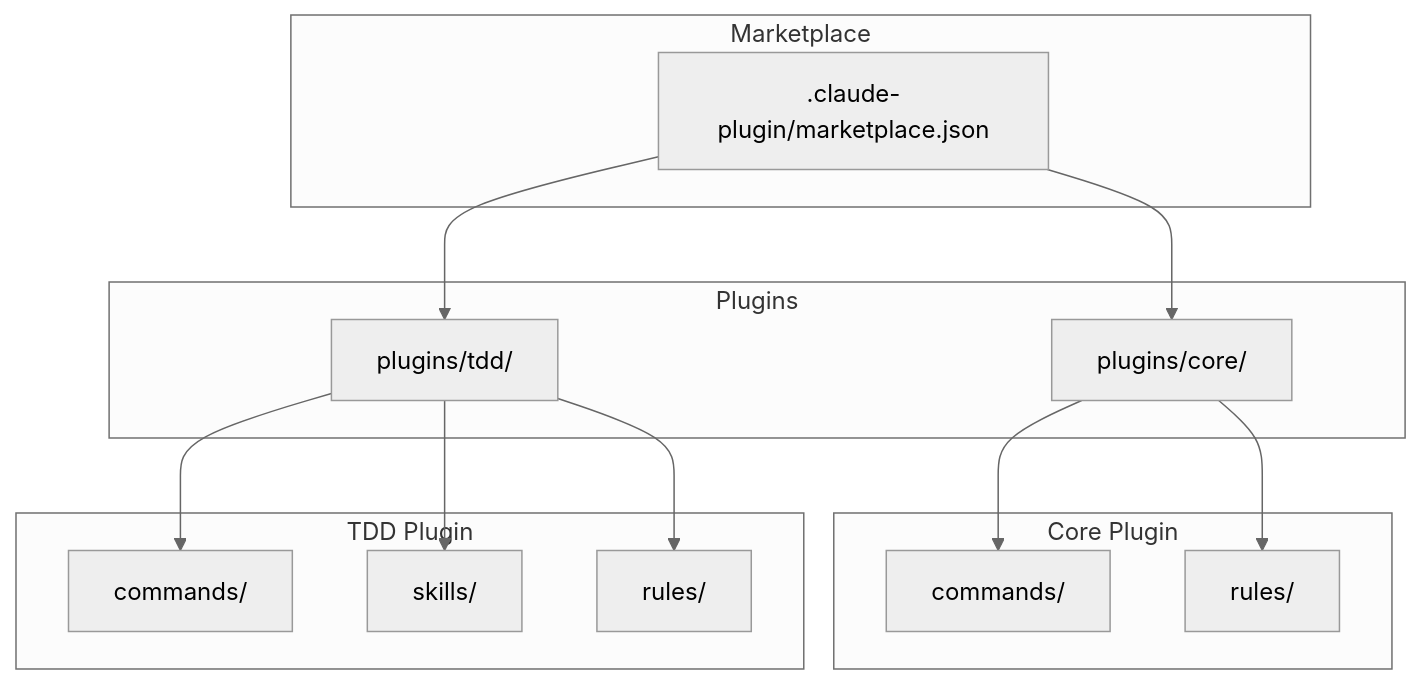
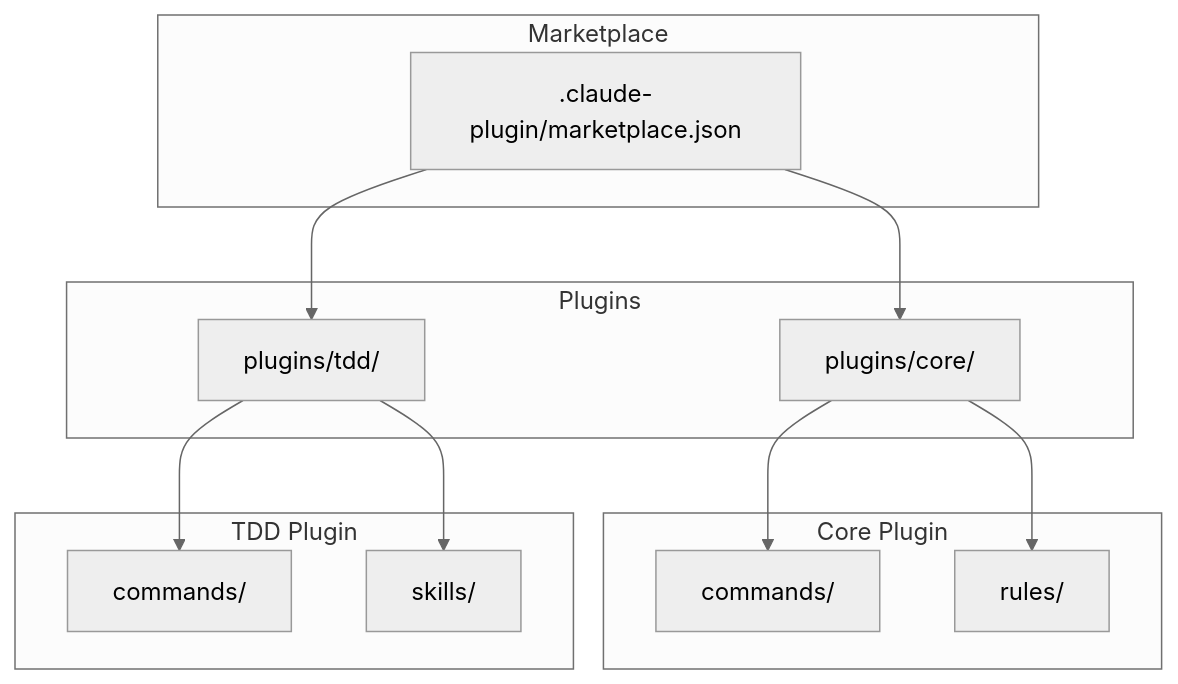
The first of 3 diagrams in doc/specs/developer-guide/architecture.md (qmu/workaholic), drawn with Mermaid (neutral theme) before and after one commit. The commit also changed other lines of this file and 8 other files, not shown here.

````diff
--- a/doc/specs/developer-guide/architecture.md
+++ b/doc/specs/developer-guide/architecture.md
@@ -15,26 +15,24 @@
 ```mermaid
 flowchart TD
     subgraph Marketplace
         M[.claude-plugin/marketplace.json]
     end
     subgraph Plugins
         P1[plugins/core/]
         P2[plugins/tdd/]
     end
     subgraph Core Plugin
         C1[commands/]
         C2[rules/]
     end
     subgraph TDD Plugin
         T1[commands/]
         T2[skills/]
-        T3[rules/]
     end
     M --> P1
     M --> P2
     P1 --> C1
     P1 --> C2
     P2 --> T1
     P2 --> T2
-    P2 --> T3
 ```
````
